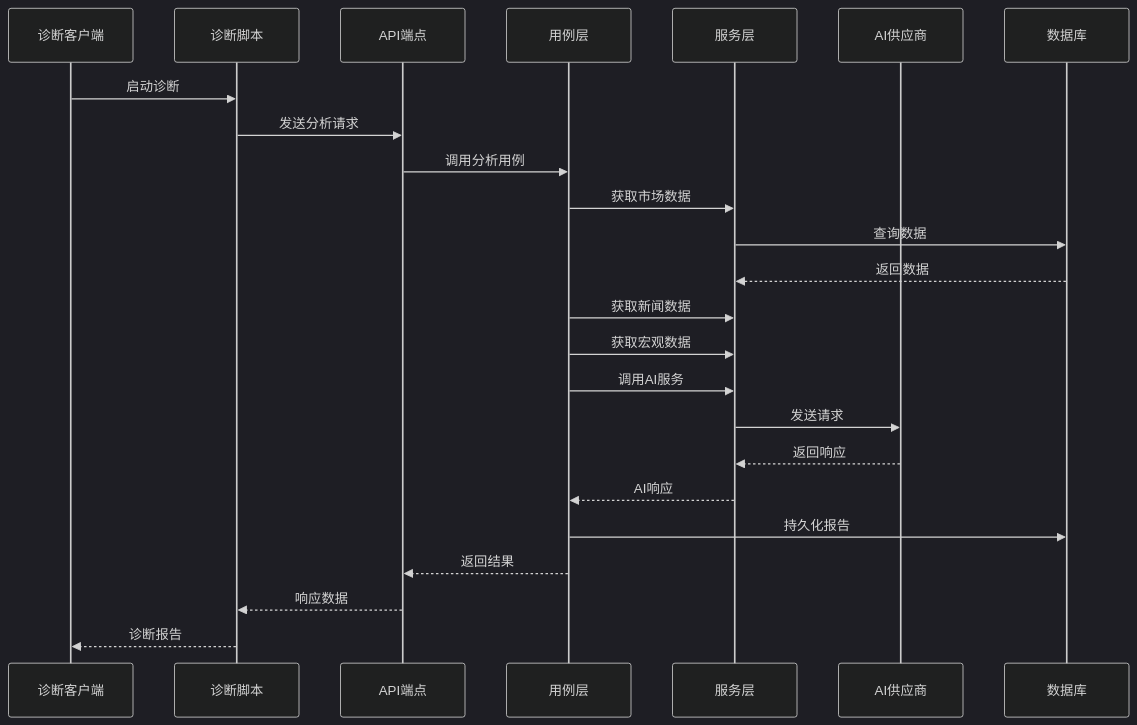
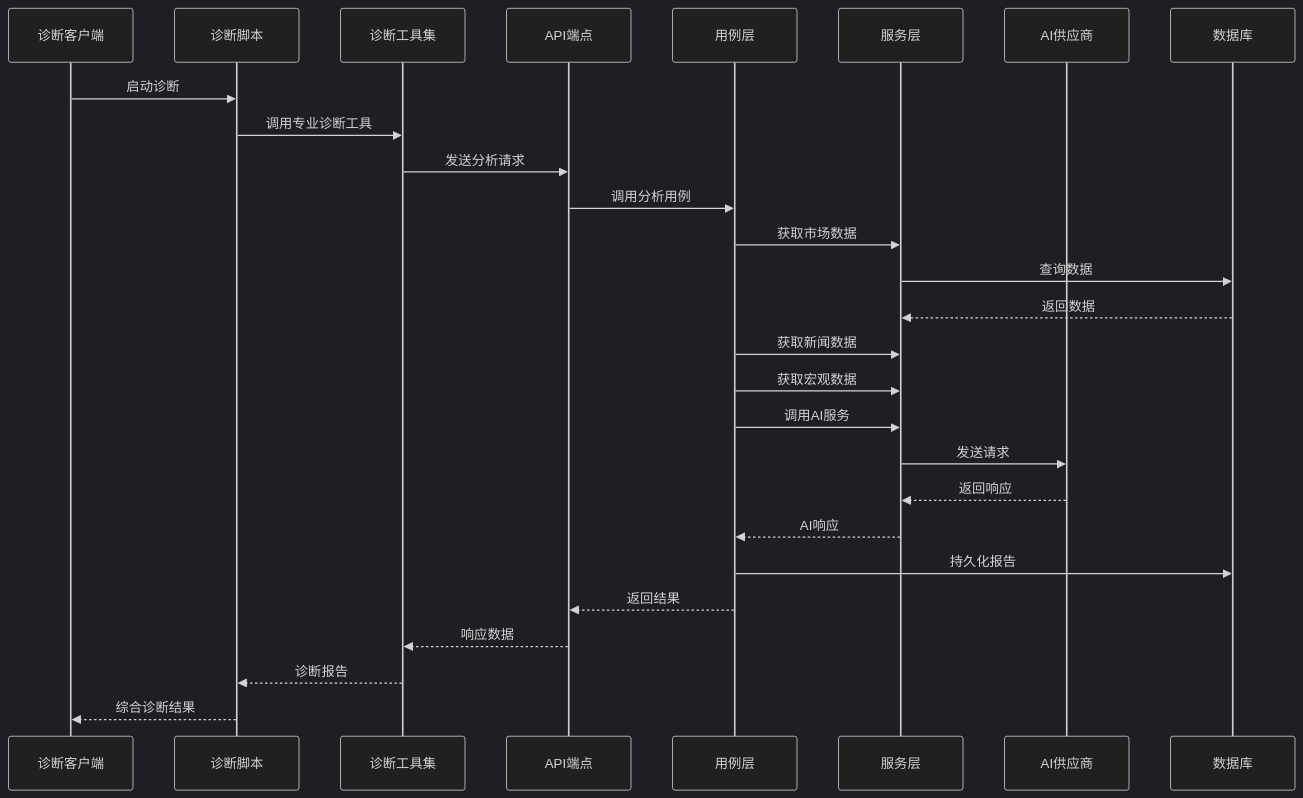
One commit to breeze-lyf/ai-stock-advisor changed the sixth of 14 diagrams in .qoder/repowiki/zh/content/后端开发指南/AI分析流程诊断脚本.md. Above: the diagram before and after it, drawn with Mermaid (dark theme). The commit also changed other lines of this file and 11 other files, not shown here.

````diff
--- a/.qoder/repowiki/zh/content/后端开发指南/AI分析流程诊断脚本.md
+++ b/.qoder/repowiki/zh/content/后端开发指南/AI分析流程诊断脚本.md
@@ -110,26 +284,29 @@
 ```mermaid
 sequenceDiagram
 participant Client as 诊断客户端
 participant Script as 诊断脚本
+participant Diagnostics as 诊断工具集
 participant API as API端点
 participant UseCase as 用例层
 participant Service as 服务层
 participant AI as AI供应商
 participant DB as 数据库
 Client->>Script : 启动诊断
-Script->>API : 发送分析请求
+Script->>Diagnostics : 调用专业诊断工具
+Diagnostics->>API : 发送分析请求
 API->>UseCase : 调用分析用例
 UseCase->>Service : 获取市场数据
 Service->>DB : 查询数据
 DB-->>Service : 返回数据
 UseCase->>Service : 获取新闻数据
 UseCase->>Service : 获取宏观数据
 UseCase->>Service : 调用AI服务
 Service->>AI : 发送请求
 AI-->>Service : 返回响应
 Service-->>UseCase : AI响应
 UseCase->>DB : 持久化报告
 UseCase-->>API : 返回结果
-API-->>Script : 响应数据
-Script-->>Client : 诊断报告
+API-->>Diagnostics : 响应数据
+Diagnostics-->>Script : 诊断报告
+Script-->>Client : 综合诊断结果
 ```
````
